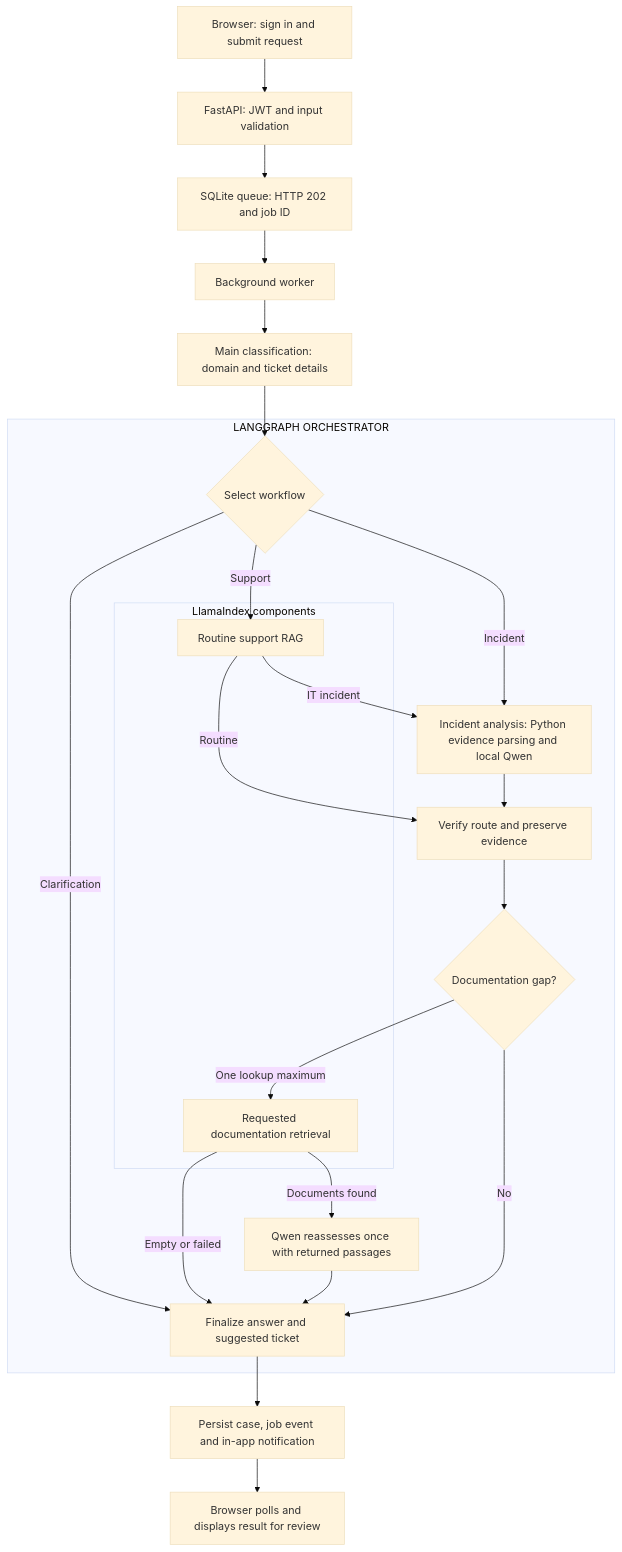
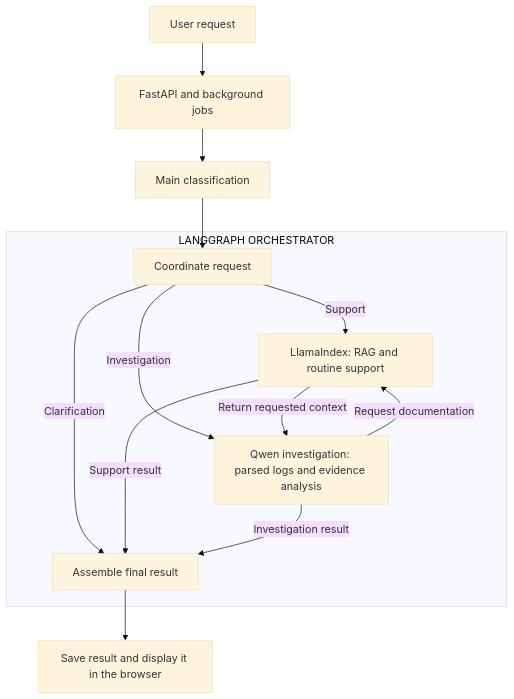
One commit to swathiblrs/Agentic-RAG-Support-Automation-Platform changed the first of 3 diagrams in README.md. Above: the diagram before and after it, drawn with Mermaid (base theme). The commit also changed other lines of this file, not shown here.

Commit message:
Simplify main architecture to the agreed two-component design

````diff
--- a/README.md
+++ b/README.md
@@ -15,34 +15,20 @@
 ```mermaid
 flowchart TD
-    User["Browser: sign in and submit request"] --> API["FastAPI: JWT and input validation"]
-    API --> Queue["SQLite queue: HTTP 202 and job ID"]
-    Queue --> Worker["Background worker"]
-    Worker --> Classifier["Main classification: domain and ticket details"]
+    User["User request"] --> API["FastAPI and background jobs"]
+    API --> Classifier["Main classification"]
     subgraph Parent["LANGGRAPH ORCHESTRATOR"]
-        Select{"Select workflow"}
-        subgraph LI["LlamaIndex components"]
-            Support["Routine support RAG"]
-            Lookup["Requested documentation retrieval"]
-        end
-        Investigation["Incident analysis: Python evidence parsing and local Qwen"]
-        Verify["Verify route and preserve evidence"]
-        Need{"Documentation gap?"}
-        Refine["Qwen reassesses once with returned passages"]
-        Final["Finalize answer and suggested ticket"]
-        Select -->|"Support"| Support
-        Select -->|"Incident"| Investigation
+        Select["Coordinate request"]
+        LI["LlamaIndex: RAG and routine support"]
+        Qwen["Qwen investigation: parsed logs and evidence analysis"]
+        Final["Assemble final result"]
+        Select -->|"Support"| LI
+        Select -->|"Investigation"| Qwen
         Select -->|"Clarification"| Final
-        Support -->|"Routine"| Verify
-        Support -->|"IT incident"| Investigation
-        Investigation --> Verify
-        Verify --> Need
-        Need -->|"One lookup maximum"| Lookup
-        Lookup -->|"Documents found"| Refine
-        Lookup -->|"Empty or failed"| Final
-        Refine --> Final
-        Need -->|"No"| Final
+        Qwen -->|"Request documentation"| LI
+        LI -->|"Return requested context"| Qwen
+        LI -->|"Support result"| Final
+        Qwen -->|"Investigation result"| Final
     end
     Classifier --> Select
-    Final --> Saved["Persist case, job event and in-app notification"]
-    Saved --> Display["Browser polls and displays result for review"]
+    Final --> Display["Save result and display it in the browser"]
 ```
````
